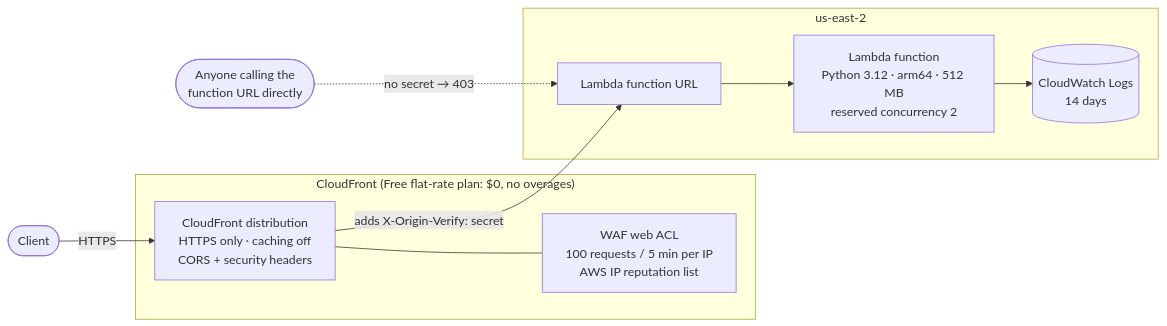
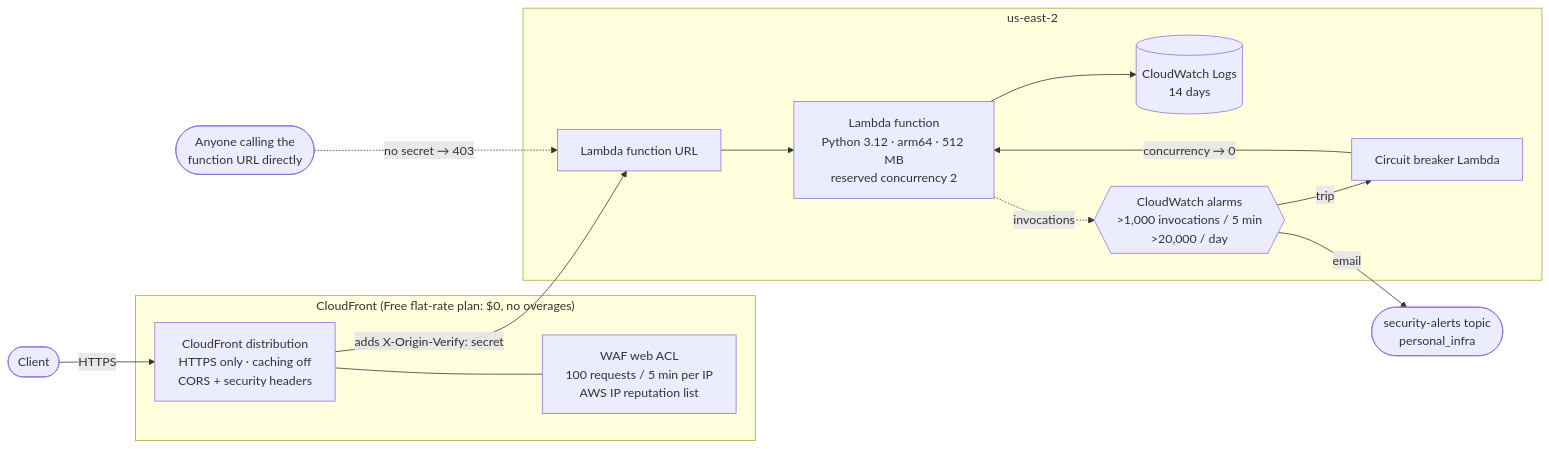
The diagram in docs/aws.md (amcaughan-personal/data-simulator-api), drawn with Mermaid before and after one commit. The commit also changed other lines of this file and 11 other files, not shown here.

First line of the commit message:
Add a circuit breaker that stops the API under sustained heavy use (#36)

````diff
--- a/docs/aws.md
+++ b/docs/aws.md
@@ -9,21 +9,27 @@
 ```mermaid
 flowchart LR
     client([Client]) -->|HTTPS| cf
 
     subgraph edge["CloudFront (Free flat-rate plan: $0, no overages)"]
         cf[CloudFront distribution<br/>HTTPS only · caching off<br/>CORS + security headers]
         waf[WAF web ACL<br/>100 requests / 5 min per IP<br/>AWS IP reputation list]
         cf --- waf
     end
 
     cf -->|"adds X-Origin-Verify: secret"| url
 
     subgraph region["us-east-2"]
         url[Lambda function URL]
         fn[Lambda function<br/>Python 3.12 · arm64 · 512 MB<br/>reserved concurrency 2]
         logs[(CloudWatch Logs<br/>14 days)]
         url --> fn --> logs
+        alarms{{CloudWatch alarms<br/>>1,000 invocations / 5 min<br/>>20,000 / day}}
+        breaker[Circuit breaker Lambda]
+        fn -. invocations .-> alarms
+        alarms -->|trip| breaker
+        breaker -->|concurrency → 0| fn
     end
 
+    alarms -->|email| sns([security-alerts topic<br/>personal_infra])
     other([Anyone calling the<br/>function URL directly]) -.->|no secret → 403| url
 ```
````
